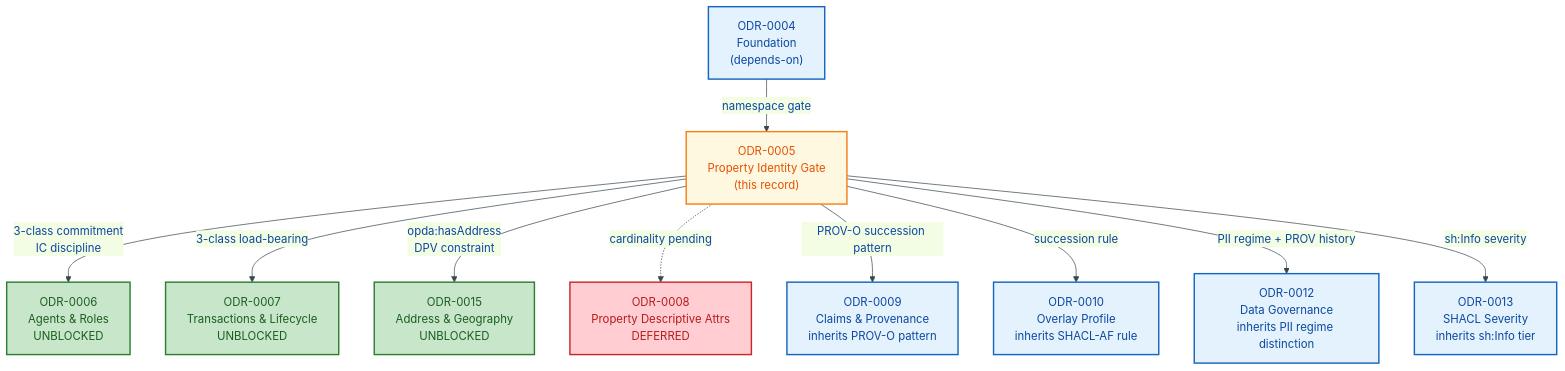
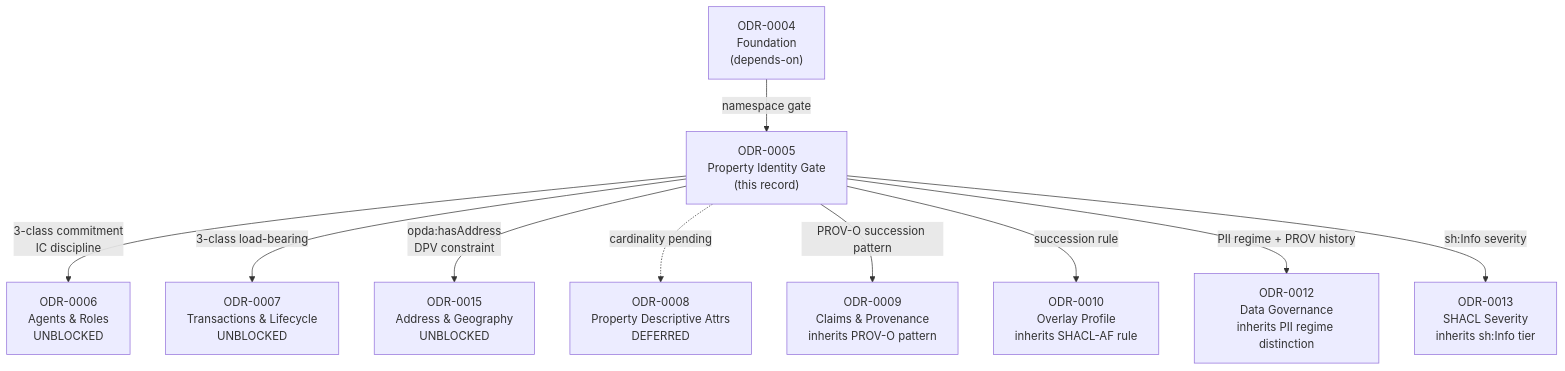
Before and after one commit to sparkling/opda: the third of 3 diagrams in docs/ontology/odr/ODR-0005-property-land-identity-crux.md, drawn with Mermaid. The commit also changed other lines of this file and 25 other files, not shown here.

````diff
--- a/docs/ontology/odr/ODR-0005-property-land-identity-crux.md
+++ b/docs/ontology/odr/ODR-0005-property-land-identity-crux.md
@@ -266,34 +260,29 @@
 ```mermaid
-%%{init: {"theme": "base", "themeVariables": {"primaryColor": "#E3F2FD", "primaryTextColor": "#0D47A1", "primaryBorderColor": "#1565C0", "lineColor": "#37474F"}}}%%
 flowchart TD
     accTitle: ODR-0005 Downstream Dependency Graph
     accDescr: Shows which downstream ODRs are unblocked, deferred, or inherit specific inputs from the ODR-0005 three-class commitment
 
-    classDef gate fill:#FFF8E1,stroke:#F57F17,stroke-width:2px,color:#E65100
-    classDef unblocked fill:#C8E6C9,stroke:#2E7D32,stroke-width:2px,color:#1B5E20
-    classDef deferred fill:#FFCDD2,stroke:#C62828,stroke-width:2px,color:#B71C1C
-    classDef inherits fill:#E3F2FD,stroke:#1565C0,stroke-width:2px,color:#0D47A1
 
-    ODR0005["ODR-0005<br/>Property Identity Gate<br/>(this record)"]:::gate
-    ODR0004["ODR-0004<br/>Foundation<br/>(depends-on)"]:::inherits
+    ODR0005["ODR-0005<br/>Property Identity Gate<br/>(this record)"]:::data
+    ODR0004["ODR-0004<br/>Foundation<br/>(depends-on)"]:::infra
 
-    ODR0006["ODR-0006<br/>Agents & Roles<br/>UNBLOCKED"]:::unblocked
-    ODR0007["ODR-0007<br/>Transactions & Lifecycle<br/>UNBLOCKED"]:::unblocked
-    ODR0015["ODR-0015<br/>Address & Geography<br/>UNBLOCKED"]:::unblocked
-    ODR0008["ODR-0008<br/>Property Descriptive Attrs<br/>DEFERRED"]:::deferred
+    ODR0006["ODR-0006<br/>Agents & Roles<br/>UNBLOCKED"]:::success
+    ODR0007["ODR-0007<br/>Transactions & Lifecycle<br/>UNBLOCKED"]:::success
+    ODR0015["ODR-0015<br/>Address & Geography<br/>UNBLOCKED"]:::success
+    ODR0008["ODR-0008<br/>Property Descriptive Attrs<br/>DEFERRED"]:::error
 
-    ODR0009["ODR-0009<br/>Claims & Provenance<br/>inherits PROV-O pattern"]:::inherits
-    ODR0010["ODR-0010<br/>Overlay Profile<br/>inherits SHACL-AF rule"]:::inherits
-    ODR0012["ODR-0012<br/>Data Governance<br/>inherits PII regime distinction"]:::inherits
-    ODR0013["ODR-0013<br/>SHACL Severity<br/>inherits sh:Info tier"]:::inherits
+    ODR0009["ODR-0009<br/>Claims & Provenance<br/>inherits PROV-O pattern"]:::infra
+    ODR0010["ODR-0010<br/>Overlay Profile<br/>inherits SHACL-AF rule"]:::infra
+    ODR0012["ODR-0012<br/>Data Governance<br/>inherits PII regime distinction"]:::infra
+    ODR0013["ODR-0013<br/>SHACL Severity<br/>inherits sh:Info tier"]:::infra
 
     ODR0004 -->|"namespace gate"| ODR0005
     ODR0005 -->|"3-class commitment<br/>IC discipline"| ODR0006
     ODR0005 -->|"3-class load-bearing"| ODR0007
     ODR0005 -->|"opda:hasAddress<br/>DPV constraint"| ODR0015
     ODR0005 -.->|"cardinality pending"| ODR0008
     ODR0005 -->|"PROV-O succession pattern"| ODR0009
     ODR0005 -->|"succession rule"| ODR0010
     ODR0005 -->|"PII regime + PROV history"| ODR0012
     ODR0005 -->|"sh:Info severity"| ODR0013
 ```
````
